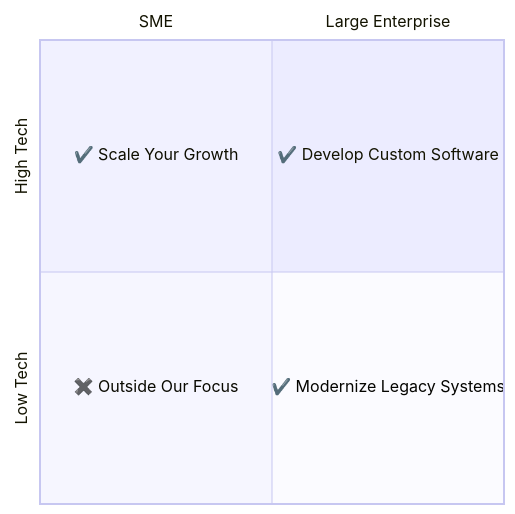
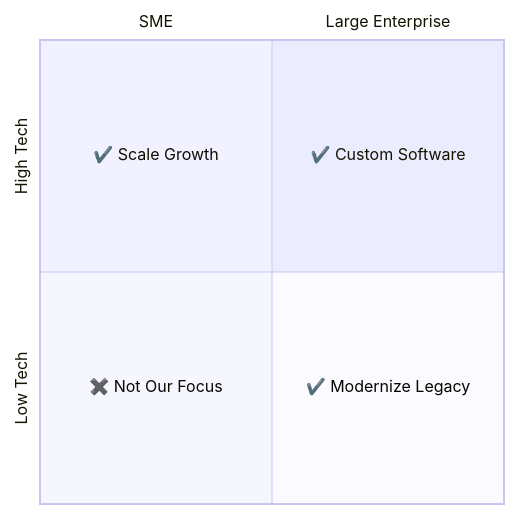
One commit to mouseless/mouseless.org changed the diagram in what-we-do.md. Above: the diagram before and after it, drawn with Mermaid. The commit also changed other lines of this file and 11 other files, not shown here.

````diff
--- a/what-we-do.md
+++ b/what-we-do.md
@@ -50,9 +47,9 @@
 ```mermaid
 quadrantChart
     x-axis SME --> Large Enterprise
     y-axis Low Tech --> High Tech
-    quadrant-1 "✔️  Develop Custom Software"
-    quadrant-2 "✔️  Scale Your Growth"
-    quadrant-3 "✖️  Outside Our Focus"
-    quadrant-4 "✔️  Modernize Legacy Systems"
+    quadrant-1 "✔️  Custom Software"
+    quadrant-2 "✔️  Scale Growth"
+    quadrant-3 "✖️  Not Our Focus"
+    quadrant-4 "✔️  Modernize Legacy"
 ```
````
